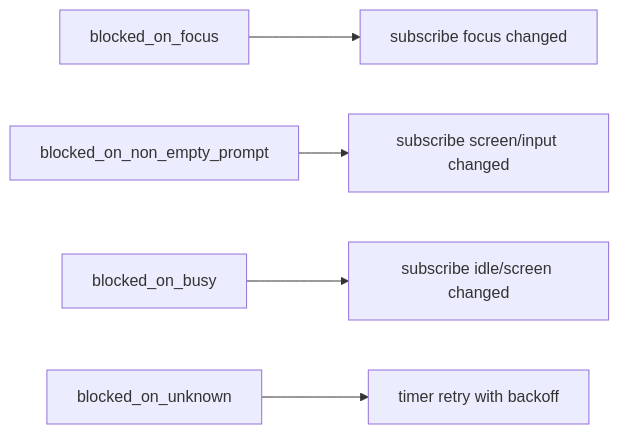
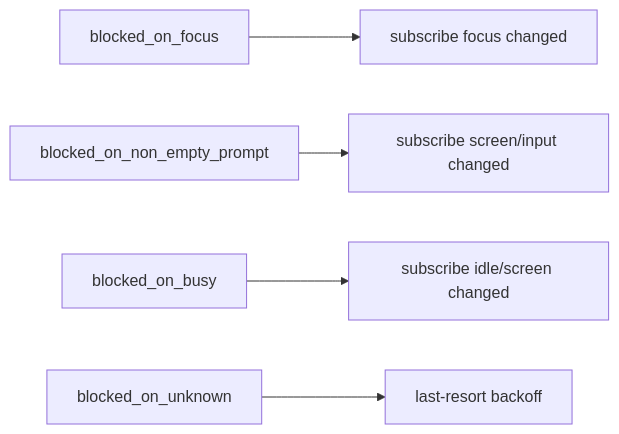
One commit to LiGoldragon/primary changed the eighth of 9 diagrams in reports/operator/2026-05-07-prompt-empty-delivery-gate-design.md. Above: the diagram before and after it, drawn with Mermaid. The commit also changed other lines of this file, not shown here.

````diff
--- a/reports/operator/2026-05-07-prompt-empty-delivery-gate-design.md
+++ b/reports/operator/2026-05-07-prompt-empty-delivery-gate-design.md
@@ -467,7 +524,7 @@
 ```mermaid
 flowchart LR
     focused[blocked_on_focus] --> focusSub[subscribe focus changed]
     nonempty[blocked_on_non_empty_prompt] --> inputSub[subscribe screen/input changed]
     busy[blocked_on_busy] --> idleSub[subscribe idle/screen changed]
-    unknown[blocked_on_unknown] --> timer[timer retry with backoff]
+    unknown[blocked_on_unknown] --> timer[last-resort backoff]
 ```
````
